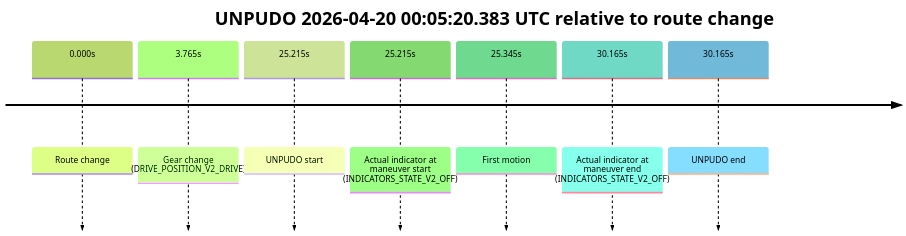
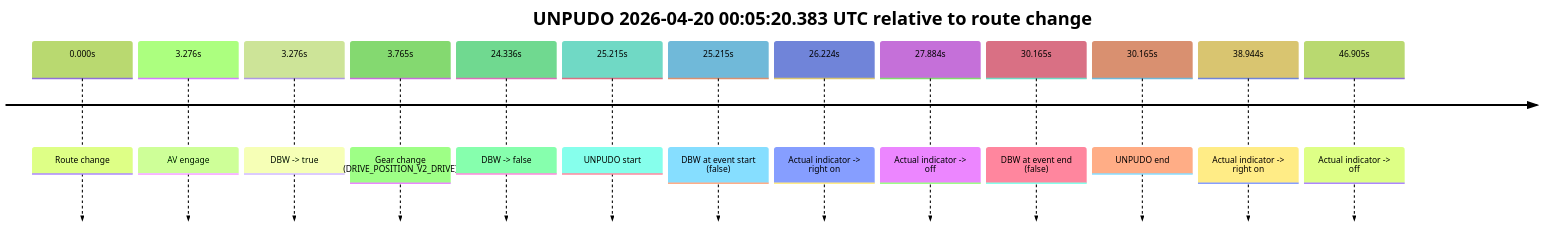
Before and after one commit to yoelshapiro/vault: the third of 4 diagrams in model_analysis/report_cards/2026/04/Week-3/fme10011--2026-04-19--22-35-26--gen2-av-69939f2b-bb17-4c54-a13c-c01d985ed61e.md, drawn with Mermaid (forest theme). The commit also changed other lines of this file and 85 other files, not shown here.

````diff
--- a/model_analysis/report_cards/2026/04/Week-3/fme10011--2026-04-19--22-35-26--gen2-av-69939f2b-bb17-4c54-a13c-c01d985ed61e.md
+++ b/model_analysis/report_cards/2026/04/Week-3/fme10011--2026-04-19--22-35-26--gen2-av-69939f2b-bb17-4c54-a13c-c01d985ed61e.md
@@ -212,11 +232,17 @@
 ```mermaid
 timeline
     title UNPUDO 2026-04-20 00:05:20.383 UTC relative to route change
     0.000s : Route change
+    3.276s : AV engage
+    3.276s : DBW -> true
     3.765s : Gear change (DRIVE_POSITION_V2_DRIVE)
+    24.336s : DBW -> false
     25.215s : UNPUDO start
-    25.215s : Actual indicator at maneuver start (INDICATORS_STATE_V2_OFF)
-    25.345s : First motion
-    30.165s : Actual indicator at maneuver end (INDICATORS_STATE_V2_OFF)
+    25.215s : DBW at event start (false)
+    26.224s : Actual indicator -> right on
+    27.884s : Actual indicator -> off
+    30.165s : DBW at event end (false)
     30.165s : UNPUDO end
+    38.944s : Actual indicator -> right on
+    46.905s : Actual indicator -> off
 ```
````
